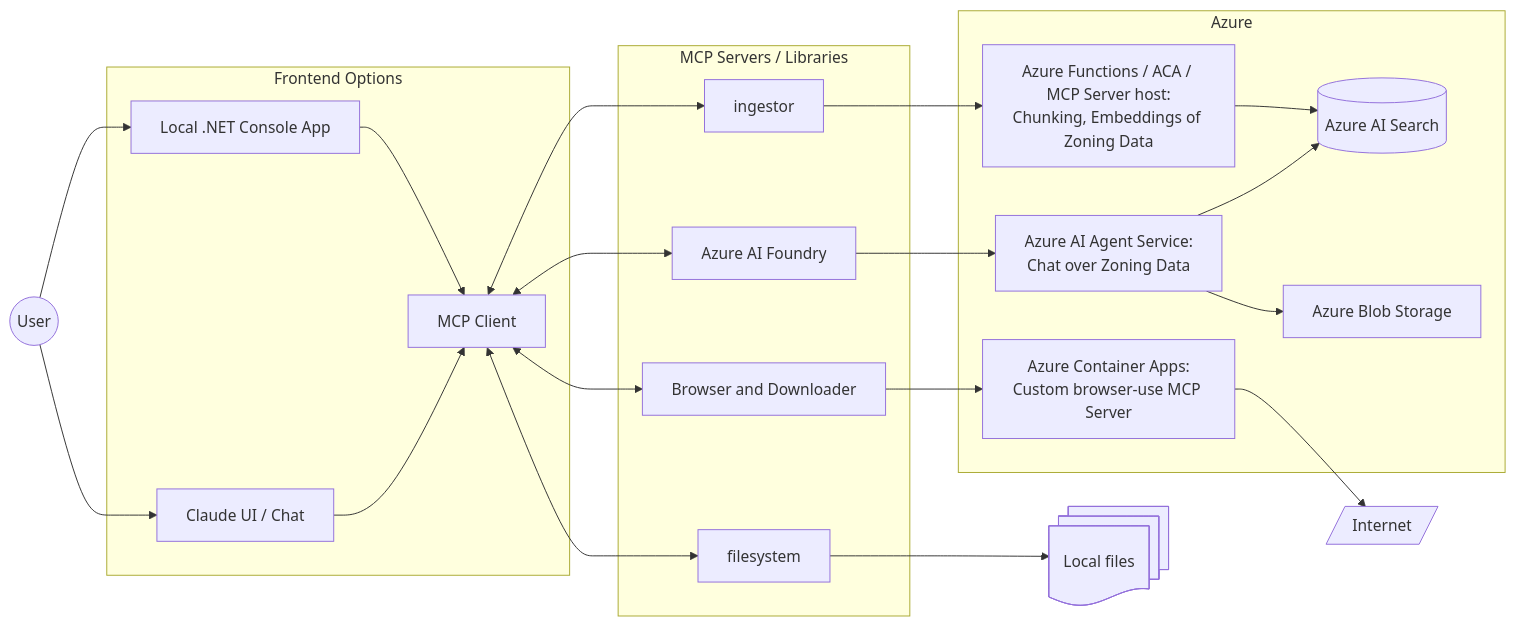
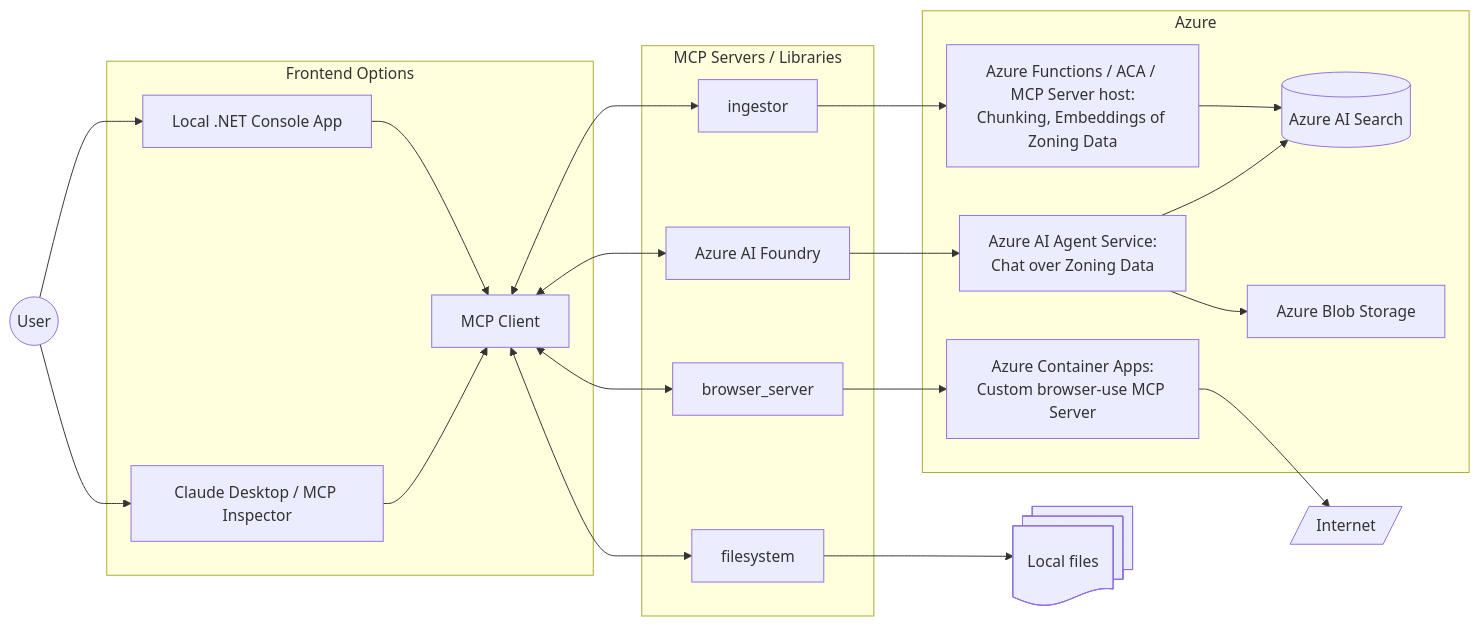
One commit to awkwardindustries/zoning-researcher changed the diagram in README.md. Above: the diagram before and after it, drawn with Mermaid. The commit also changed other lines of this file and 2 other files, not shown here.

````diff
--- a/README.md
+++ b/README.md
@@ -15,24 +15,24 @@
 ```mermaid
 flowchart LR
     subgraph Frontend Options
-        claude[Claude UI / Chat] --> mcpClient[MCP Client]
+        claude[Claude Desktop / MCP Inspector] --> mcpClient[MCP Client]
         console[Local .NET Console App] --> mcpClient
     end
     subgraph MCP Servers / Libraries
         mcpClient <--> filesystem
-        mcpClient <--> browser[Browser and Downloader]
+        mcpClient <--> browser[browser_server]
         mcpClient <--> azai[Azure AI Foundry]
         mcpClient <--> ingestor
     end
     subgraph Azure
         agent[Azure AI Agent Service:<br/>Chat over Zoning Data] --> db[(Azure AI Search)]
         agent --> blob[Azure Blob Storage] 
         ingestor --> func[Azure Functions / ACA / MCP Server host:<br/>Chunking, Embeddings of Zoning Data] --> db
         buAgent[Azure Container Apps:<br/>Custom browser-use MCP Server]
     end
     filesystem --> lf@{ shape: docs, label: "Local files"}
     browser --> buAgent --> web@{ shape: lean-r, label: "Internet" }
     azai --> agent
     user((User)) --> claude
     user --> console
 ```
````
